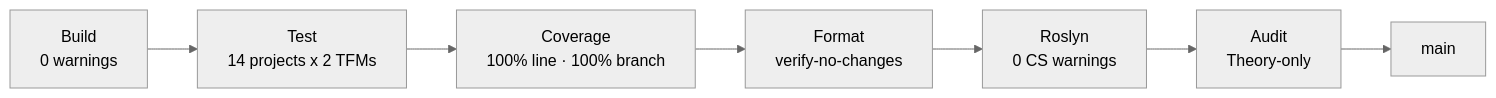
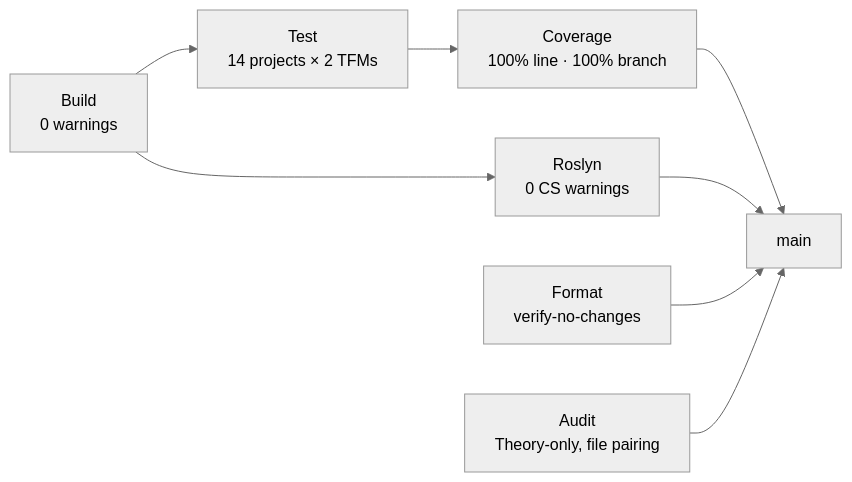
One commit to stevomccormack/PineGuard changed the third of 3 diagrams in README.md. Above: the diagram before and after it, drawn with Mermaid (neutral theme). The commit also changed other lines of this file and 3 other files, not shown here.

````diff
--- a/README.md
+++ b/README.md
@@ -568,5 +634,7 @@
 ```mermaid
 flowchart LR
-    Build["Build<br/>0 warnings"] --> Test["Test<br/>14 projects x 2 TFMs"] --> Cov["Coverage<br/>100% line · 100% branch"]
-    Cov --> Fmt["Format<br/>verify-no-changes"] --> Ros["Roslyn<br/>0 CS warnings"] --> Audit["Audit<br/>Theory-only"] --> Merge["main"]
+    Build["Build<br/>0 warnings"] --> Test["Test<br/>14 projects × 2 TFMs"] --> Cov["Coverage<br/>100% line · 100% branch"] --> Merge["main"]
+    Build --> Ros["Roslyn<br/>0 CS warnings"] --> Merge
+    Fmt["Format<br/>verify-no-changes"] --> Merge
+    Audit["Audit<br/>Theory-only, file pairing"] --> Merge
 ```
````
